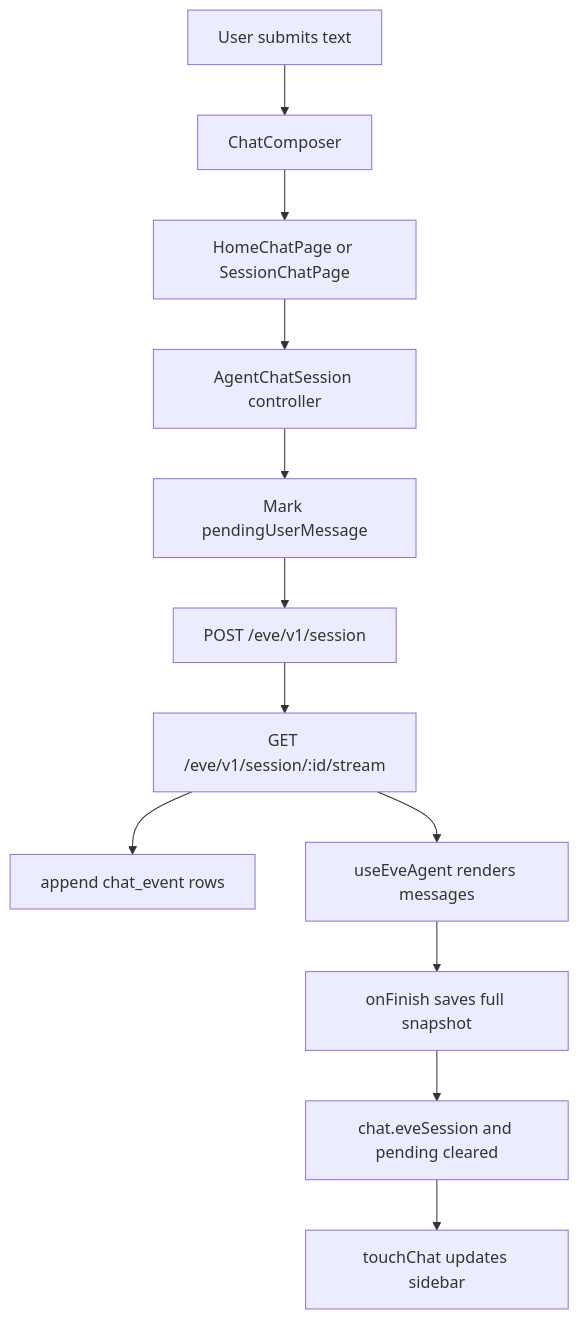
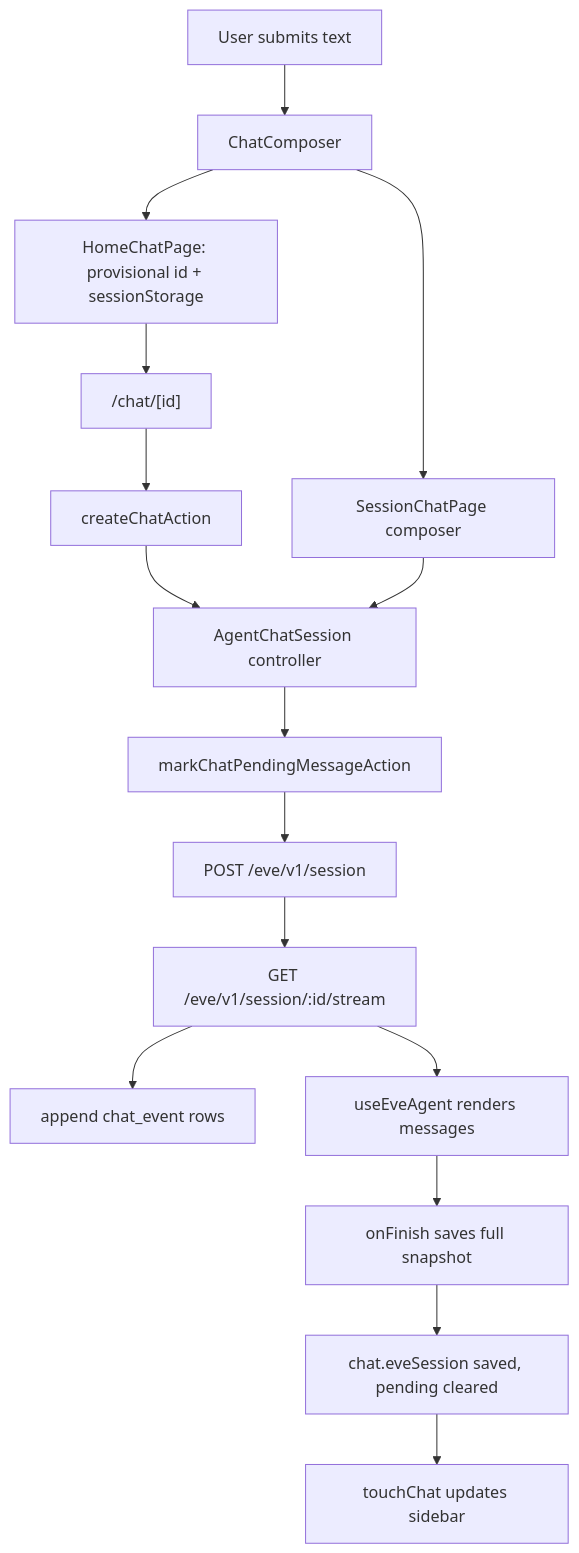
Before and after one commit to ggallon/eve-chat-template: the diagram in docs/how-the-chatbot-works.md, drawn with Mermaid. The commit also changed other lines of this file, not shown here.

````diff
--- a/docs/how-the-chatbot-works.md
+++ b/docs/how-the-chatbot-works.md
@@ -892,14 +499,18 @@
 ```mermaid
 flowchart TD
   User["User submits text"] --> Composer["ChatComposer"]
-  Composer --> Page["HomeChatPage or SessionChatPage"]
-  Page --> Controller["AgentChatSession controller"]
-  Controller --> Pending["Mark pendingUserMessage"]
+  Composer --> Home["HomeChatPage: provisional id + sessionStorage"]
+  Composer --> Session["SessionChatPage composer"]
+  Home --> Route["/chat/[id]"]
+  Route --> Create["createChatAction"]
+  Create --> Controller["AgentChatSession controller"]
+  Session --> Controller
+  Controller --> Pending["markChatPendingMessageAction"]
   Pending --> EvePost["POST /eve/v1/session"]
   EvePost --> Stream["GET /eve/v1/session/:id/stream"]
   Stream --> EventRows["append chat_event rows"]
   Stream --> UI["useEveAgent renders messages"]
   UI --> Snapshot["onFinish saves full snapshot"]
-  Snapshot --> ChatRow["chat.eveSession and pending cleared"]
+  Snapshot --> ChatRow["chat.eveSession saved, pending cleared"]
   ChatRow --> Sidebar["touchChat updates sidebar"]
 ```
````
